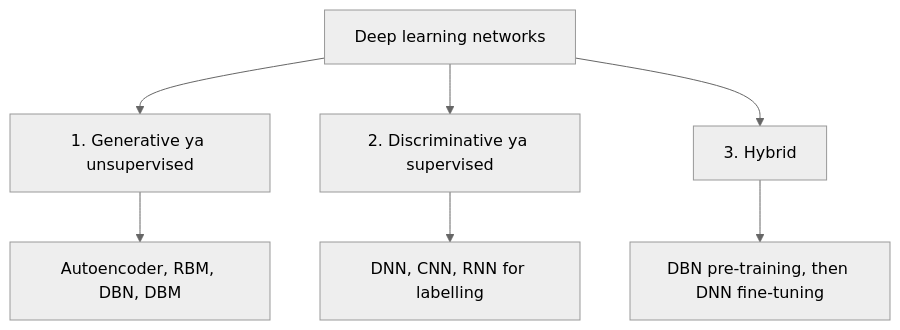
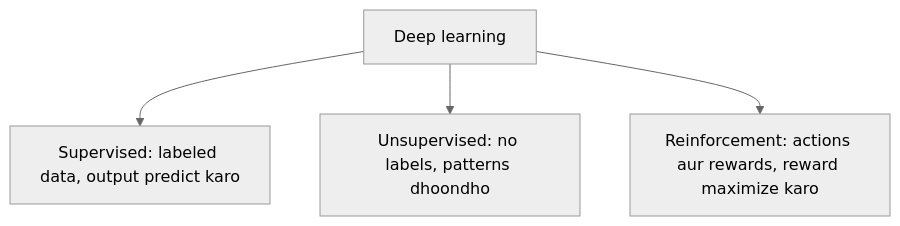
One commit to TrendySloth1001/sem-seven-notes changed the diagram in content/deep-learning/pyq/2024-05/q2a.hi.mdx. Above: the diagram before and after it, drawn with Mermaid (neutral theme). The commit also changed other lines of this file and 168 other files, not shown here.

````diff
--- a/content/deep-learning/pyq/2024-05/q2a.hi.mdx
+++ b/content/deep-learning/pyq/2024-05/q2a.hi.mdx
@@ -9,10 +7,7 @@
 ```mermaid
-%% caption: Deep learning networks ki teen classes, unke typical examples ke saath.
+%% caption: Deep learning ki teen classes aur har ek ka one-line idea.
 flowchart TD
-  DL["Deep learning networks"] --> G["1. Generative ya unsupervised"]
-  DL --> S["2. Discriminative ya supervised"]
-  DL --> H["3. Hybrid"]
-  G --> G1["Autoencoder, RBM, DBN, DBM"]
-  S --> S1["DNN, CNN, RNN for labelling"]
-  H --> H1["DBN pre-training, then DNN fine-tuning"]
+  A["Deep learning"] --> B["Supervised: labeled data, output predict karo"]
+  A --> C["Unsupervised: no labels, patterns dhoondho"]
+  A --> D["Reinforcement: actions aur rewards, reward maximize karo"]
 ```
````
